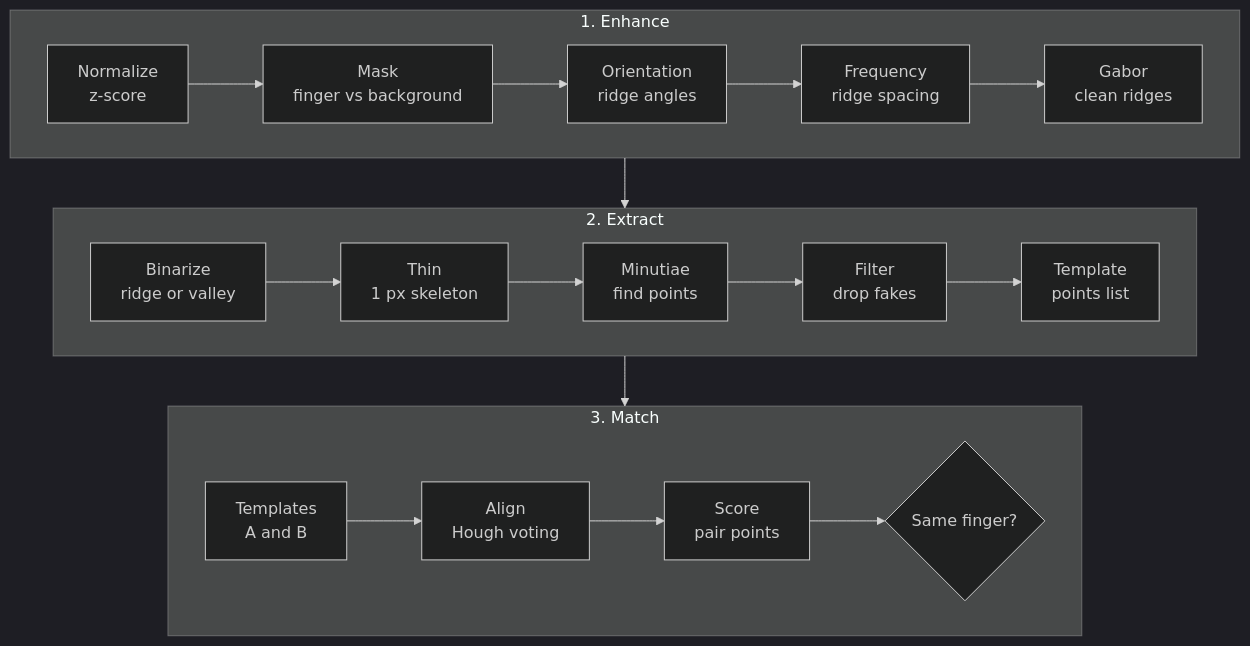
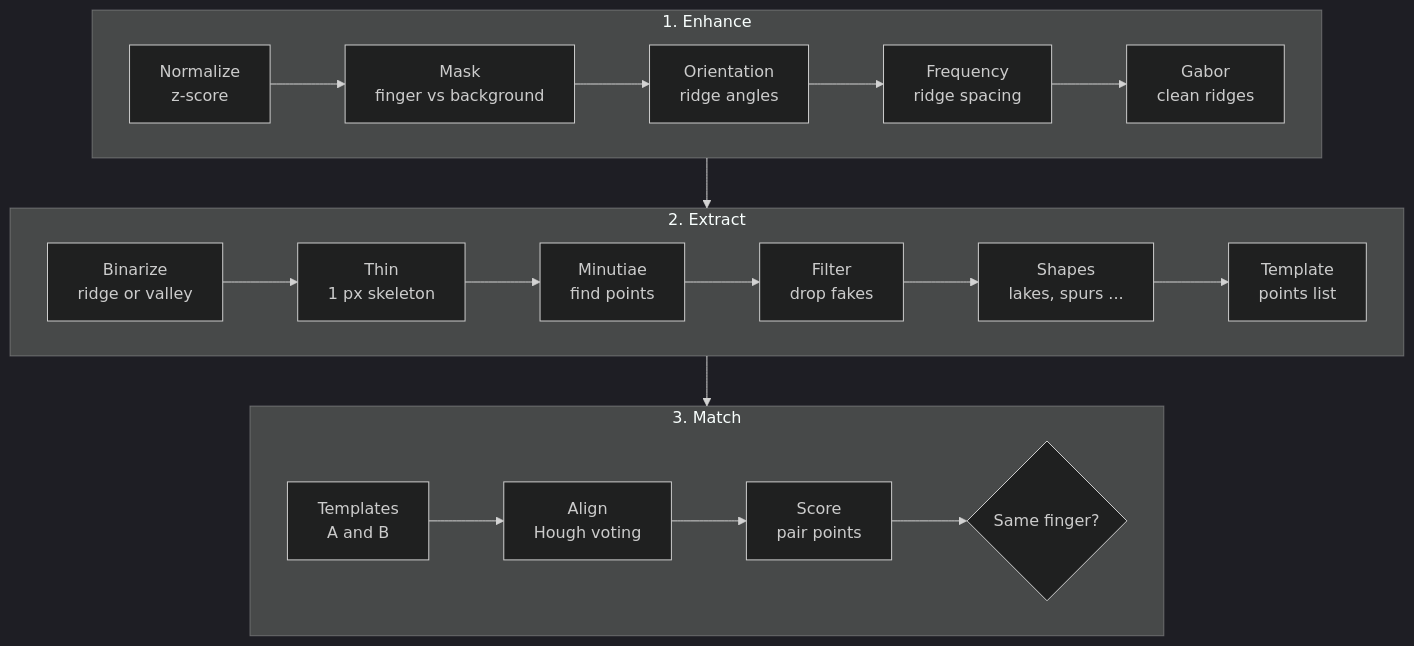
Before and after one commit to GrantBaum/fingerprint-analyzer: the diagram in README.md, drawn with Mermaid (dark theme). The commit also changed other lines of this file and 5 other files, not shown here.

First line of the commit message:
Add dots, short ridges, spurs, lakes and crossovers

````diff
--- a/README.md
+++ b/README.md
@@ -52,16 +52,16 @@
 ```mermaid
 flowchart TB
     subgraph E["1. Enhance"]
         direction LR
         N["Normalize<br/>z-score"] --> S["Mask<br/>finger vs background"] --> O["Orientation<br/>ridge angles"] --> F["Frequency<br/>ridge spacing"] --> G["Gabor<br/>clean ridges"]
     end
     subgraph X["2. Extract"]
         direction LR
-        B["Binarize<br/>ridge or valley"] --> T["Thin<br/>1 px skeleton"] --> M["Minutiae<br/>find points"] --> FL["Filter<br/>drop fakes"] --> TP["Template<br/>points list"]
+        B["Binarize<br/>ridge or valley"] --> T["Thin<br/>1 px skeleton"] --> M["Minutiae<br/>find points"] --> FL["Filter<br/>drop fakes"] --> SH["Shapes<br/>lakes, spurs ..."] --> TP["Template<br/>points list"]
     end
     subgraph MA["3. Match"]
         direction LR
         AB["Templates<br/>A and B"] --> AL["Align<br/>Hough voting"] --> SC["Score<br/>pair points"] --> D{"Same finger?"}
     end
     E --> X --> MA
 ```
````
